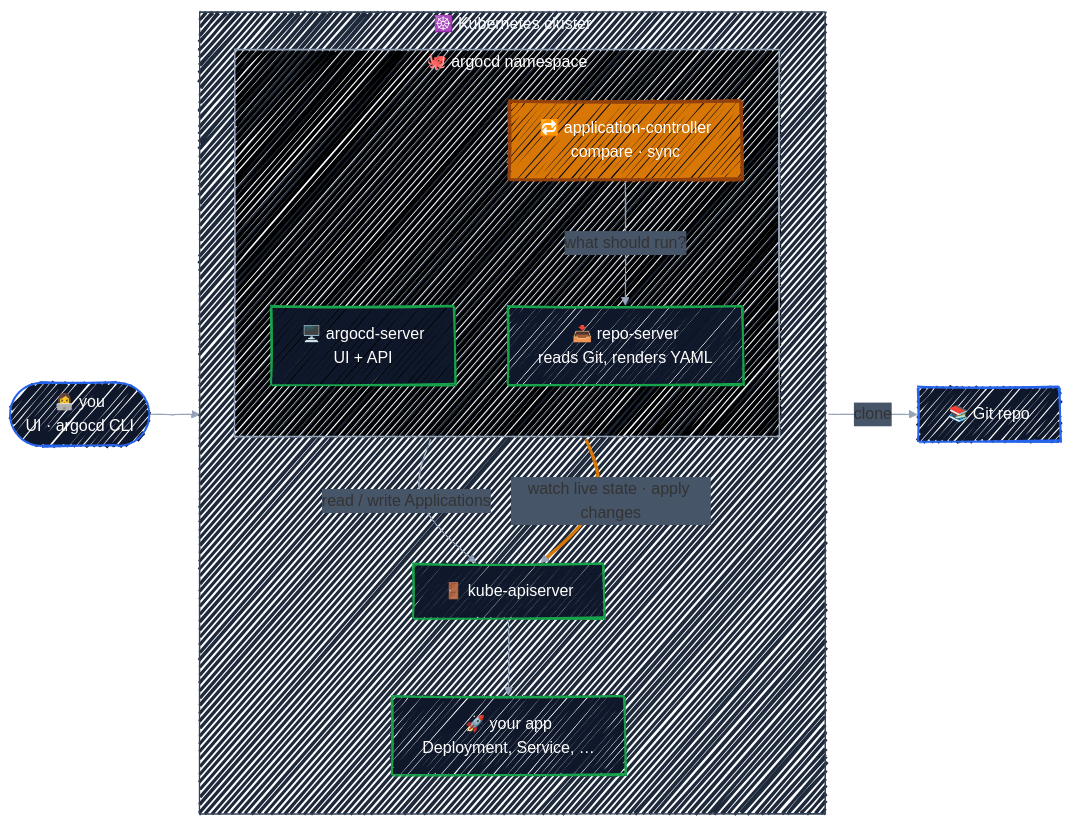
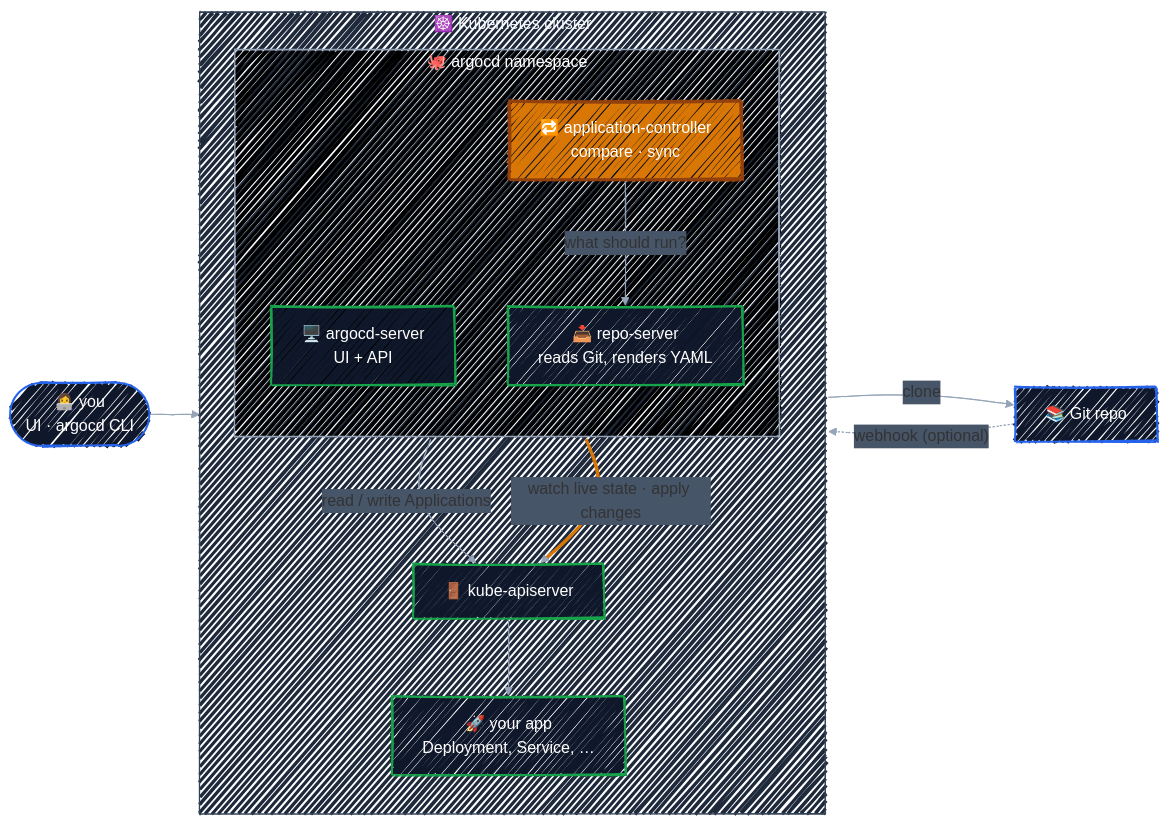
Before and after one commit to r97221004/argoCD-tutorial: the diagram in docs/argocd-core-concepts/architecture.md, drawn with Mermaid. The commit also changed other lines of this file, not shown here.

First line of the commit message:
docs: cover webhooks and CI in Argo CD architecture

````diff
--- a/docs/argocd-core-concepts/architecture.md
+++ b/docs/argocd-core-concepts/architecture.md
@@ -9,47 +9,48 @@
 ```mermaid
 ---
 config:
   look: handDrawn
   theme: default
   themeVariables:
     fontFamily: '"Comic Sans MS", "Comic Sans", "Segoe Print", "Bradley Hand", cursive'
     clusterBkg: '#FAFAFA'
     clusterBorder: '#94A3B8'
     lineColor: '#94A3B8'
     edgeLabelBackground: '#475569'
   themeCSS: |
     .edgeLabel, .edgeLabel p, .edgeLabel span { color: #FFFFFF !important; }
 ---
 flowchart LR
     you(["👩‍💻 you<br/>UI · argocd CLI"])
     git["📚 Git repo"]
 
     subgraph cluster["☸️ Kubernetes cluster"]
         direction TB
         subgraph argo["🐙 argocd namespace"]
             direction TB
             server["🖥️ argocd-server<br/>UI + API"]
             repo["📥 repo-server<br/>reads Git, renders YAML"]
             ctrl["🔁 application-controller<br/>compare · sync"]
         end
         api["🚪 kube-apiserver"]
         apps["🚀 your app<br/>Deployment, Service, …"]
     end
 
     you --> server
     server -->|"read / write Applications"| api
     ctrl -->|"what should run?"| repo
     repo -->|clone| git
     ctrl ==>|"watch live state · apply changes"| api
     api --> apps
+    git -. "webhook (optional)" .-> server
 
     classDef ctrl fill:#0F172A,stroke:#2563EB,stroke-width:2px,color:#FFFFFF
     classDef eng fill:#D97706,stroke:#92400E,stroke-width:3px,color:#FFFFFF
     classDef tgt fill:#0F172A,stroke:#16A34A,stroke-width:2px,color:#FFFFFF
     class you,git ctrl
     class ctrl eng
     class server,repo,api,apps tgt
     linkStyle 4 stroke:#D97706,stroke-width:3px
     style cluster fill:#1E293B,stroke:#334155,color:#F1F5F9,fillStyle:solid
     style argo fill:#000000,stroke:#94A3B8,color:#FFFFFF,fillStyle:solid
 ```
````
